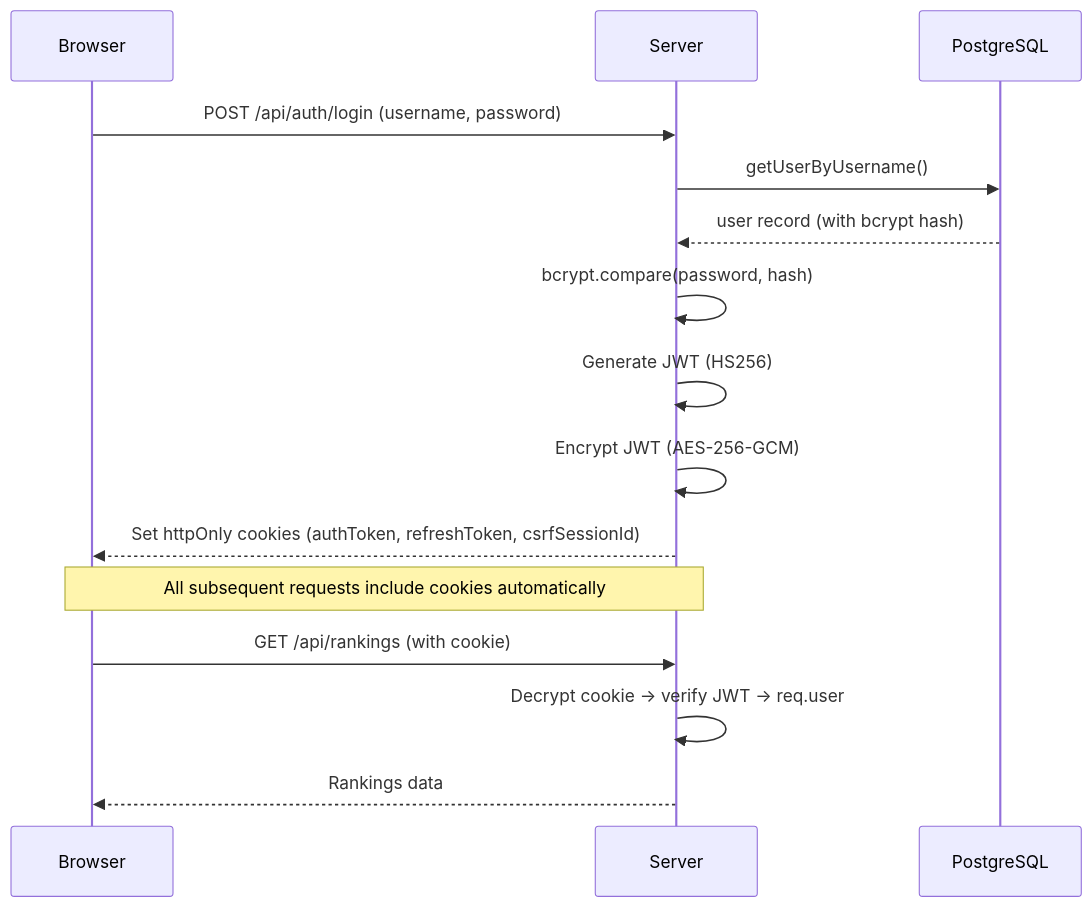
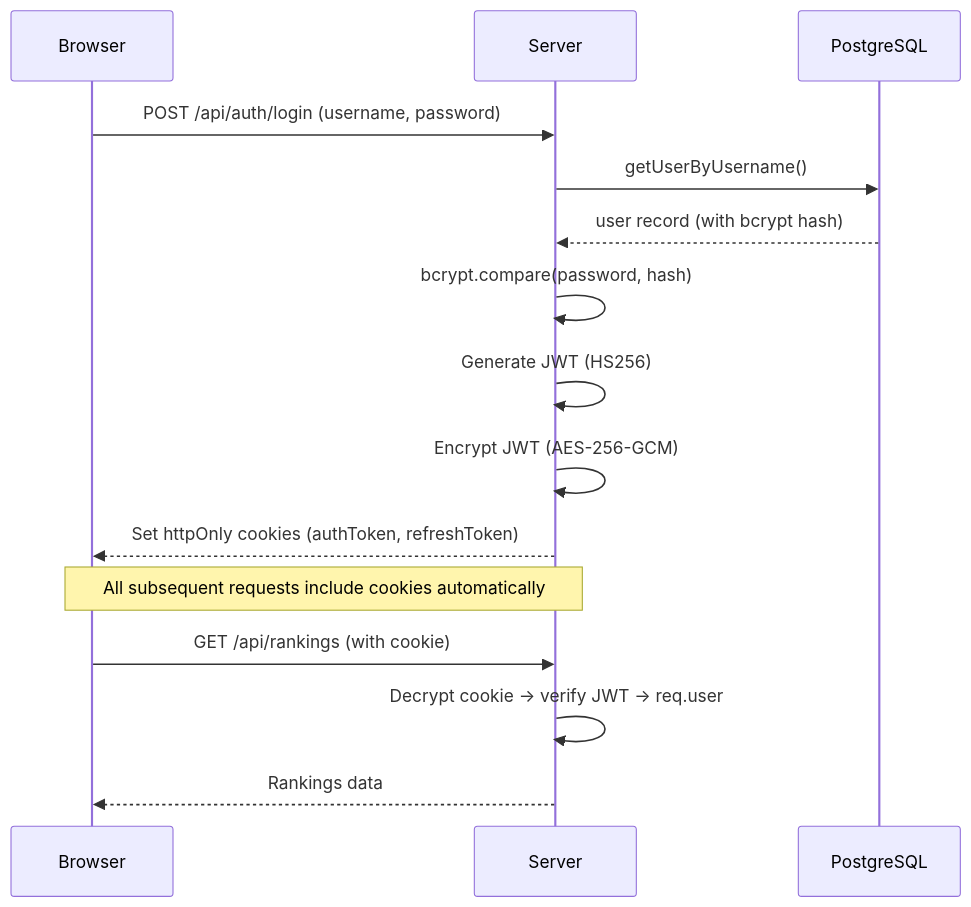
The second of 3 diagrams in docs/architecture.md (cauvang32/tennisranking), drawn with Mermaid before and after one commit. The commit also changed 20 other files, not shown here.

````diff
--- a/docs/architecture.md
+++ b/docs/architecture.md
@@ -113,19 +113,19 @@
 ```mermaid
 sequenceDiagram
     participant C as Browser
     participant S as Server
     participant DB as PostgreSQL
 
     C->>S: POST /api/auth/login (username, password)
     S->>DB: getUserByUsername()
     DB-->>S: user record (with bcrypt hash)
     S->>S: bcrypt.compare(password, hash)
     S->>S: Generate JWT (HS256)
     S->>S: Encrypt JWT (AES-256-GCM)
-    S-->>C: Set httpOnly cookies (authToken, refreshToken, csrfSessionId)
+    S-->>C: Set httpOnly cookies (authToken, refreshToken)
     Note over C,S: All subsequent requests include cookies automatically
 
     C->>S: GET /api/rankings (with cookie)
     S->>S: Decrypt cookie → verify JWT → req.user
     S-->>C: Rankings data
 ```
````
